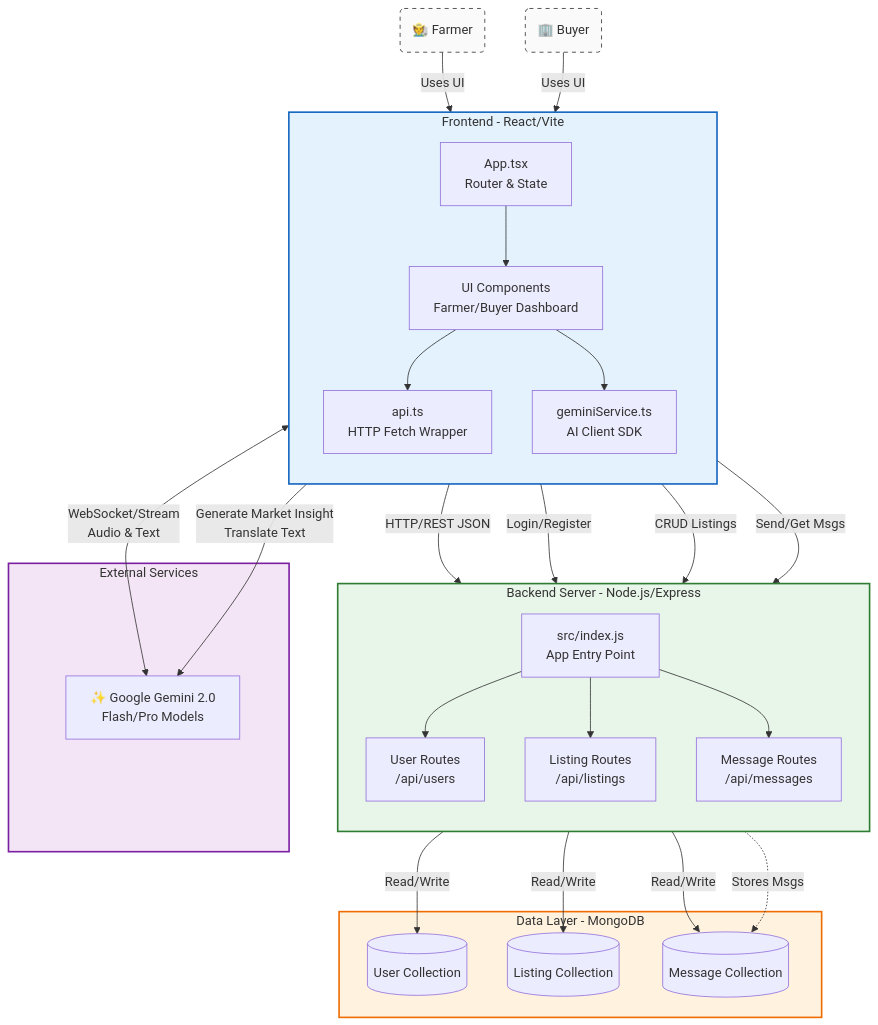
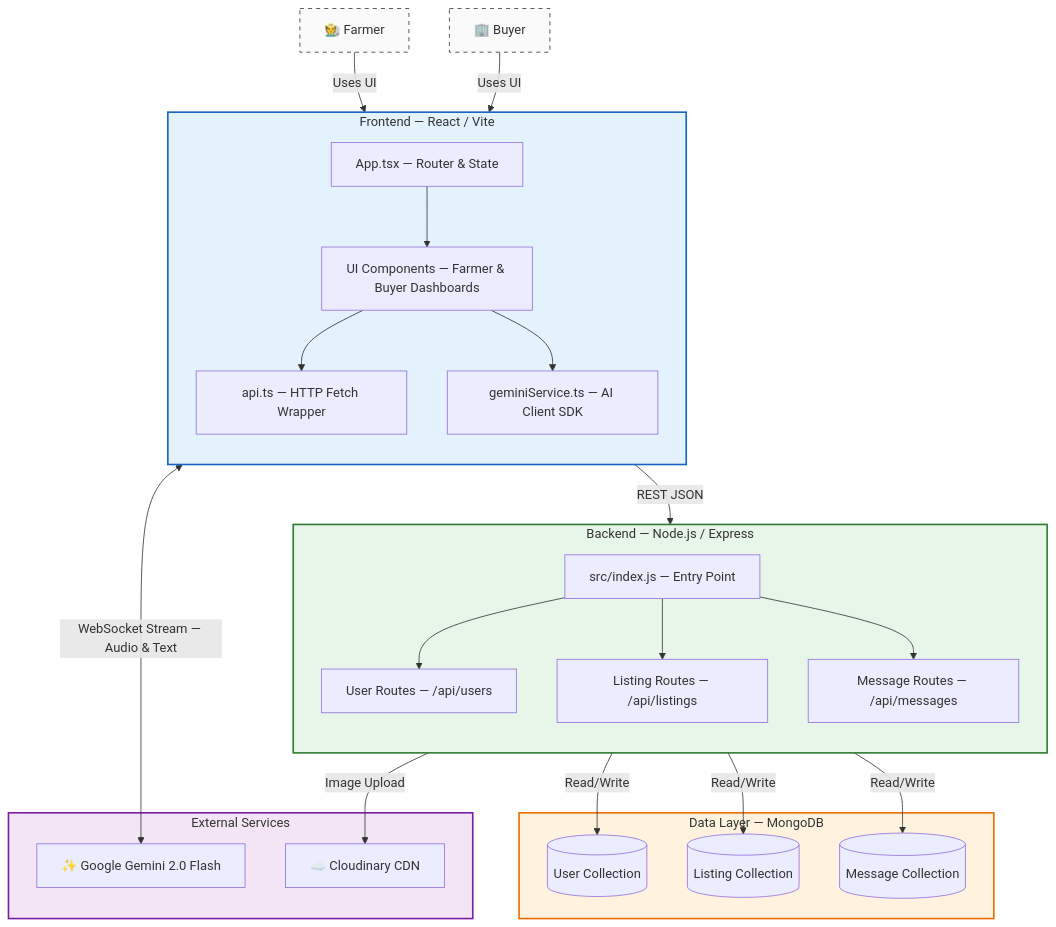
Before and after one commit to ANTHELIS/XIBIT-2k26: the diagram in README.md, drawn with Mermaid. The commit also changed other lines of this file and 1 other file, not shown here.

````diff
--- a/README.md
+++ b/README.md
@@ -117,75 +116,63 @@
 ```mermaid
 graph TD
-    %% Styling
     classDef client fill:#e3f2fd,stroke:#1565c0,stroke-width:2px;
     classDef server fill:#e8f5e9,stroke:#2e7d32,stroke-width:2px;
     classDef db fill:#fff3e0,stroke:#ef6c00,stroke-width:2px;
     classDef external fill:#f3e5f5,stroke:#7b1fa2,stroke-width:2px;
     classDef actor fill:#fafafa,stroke:#333,stroke-width:1px,stroke-dasharray: 5 5;
 
-    %% Actors
-    Farmer(🧑‍🌾 Farmer)
-    Buyer(🏢 Buyer)
+    Farmer["🧑‍🌾 Farmer"]
+    Buyer["🏢 Buyer"]
 
-    subgraph Client [Frontend - React/Vite]
+    subgraph Client ["Frontend — React / Vite"]
         direction TB
-        App[App.tsx<br/>Router & State]
-        UI[UI Components<br/>Farmer/Buyer Dashboard]
-        API_Client[api.ts<br/>HTTP Fetch Wrapper]
-        Gemini_Service[geminiService.ts<br/>AI Client SDK]
-        
+        App["App.tsx — Router & State"]
+        UI["UI Components — Farmer & Buyer Dashboards"]
+        API_Client["api.ts — HTTP Fetch Wrapper"]
+        Gemini_Service["geminiService.ts — AI Client SDK"]
+
         App --> UI
         UI --> API_Client
         UI --> Gemini_Service
     end
 
-    subgraph Backend [Backend Server - Node.js/Express]
+    subgraph Backend ["Backend — Node.js / Express"]
         direction TB
-        Server_Entry[src/index.js<br/>App Entry Point]
-        Auth_Route[User Routes<br/>/api/users]
-        Listing_Route[Listing Routes<br/>/api/listings]
-        Message_Route[Message Routes<br/>/api/messages]
-        
+        Server_Entry["src/index.js — Entry Point"]
+        Auth_Route["User Routes — /api/users"]
+        Listing_Route["Listing Routes — /api/listings"]
+        Message_Route["Message Routes — /api/messages"]
+
         Server_Entry --> Auth_Route
         Server_Entry --> Listing_Route
         Server_Entry --> Message_Route
     end
 
-    subgraph Database [Data Layer - MongoDB]
-        Mongo_Users[(User Collection)]
-        Mongo_Listings[(Listing Collection)]
-        Mongo_Messages[(Message Collection)]
+    subgraph Database ["Data Layer — MongoDB"]
+        Mongo_Users[("User Collection")]
+        Mongo_Listings[("Listing Collection")]
+        Mongo_Messages[("Message Collection")]
     end
 
-    subgraph External [External Services]
-        Google_AI[✨ Google Gemini 2.0<br/>Flash/Pro Models]
+    subgraph External ["External Services"]
+        Google_AI["✨ Google Gemini 2.0 Flash"]
+        Cloudinary_CDN["☁️ Cloudinary CDN"]
     end
 
-    %% Interactions
     Farmer -->|Uses UI| Client
     Buyer -->|Uses UI| Client
 
-    %% Client to Backend
-    API_Client -->|HTTP/REST JSON| Server_Entry
-    API_Client -->|Login/Register| Auth_Route
-    API_Client -->|CRUD Listings| Listing_Route
-    API_Client -->|Send/Get Msgs| Message_Route
+    API_Client -->|REST JSON| Server_Entry
+    Gemini_Service <-->|WebSocket Stream — Audio & Text| Google_AI
 
-    %% Client to AI (Direct)
-    Gemini_Service <-->|WebSocket/Stream<br/>Audio & Text| Google_AI
-    Gemini_Service -->|Generate Market Insight<br/>Translate Text| Google_AI
-
-    %% Backend to Database
     Auth_Route -->|Read/Write| Mongo_Users
     Listing_Route -->|Read/Write| Mongo_Listings
     Message_Route -->|Read/Write| Mongo_Messages
+    Listing_Route -->|Image Upload| Cloudinary_CDN
 
-    %% Message Flow context
-    Message_Route -.->|Stores Msgs| Mongo_Messages
-    
     class Client client;
     class Backend server;
     class Database db;
     class External external;
     class Farmer,Buyer actor;
 ```
````
